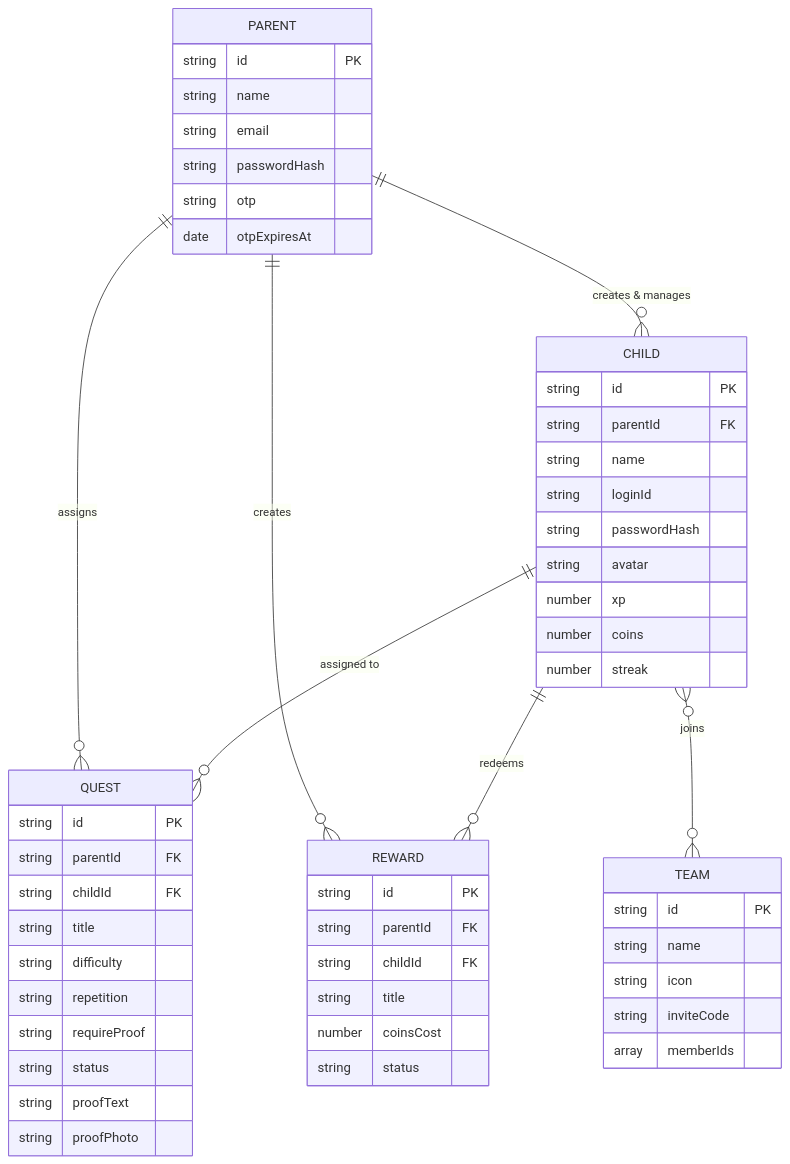
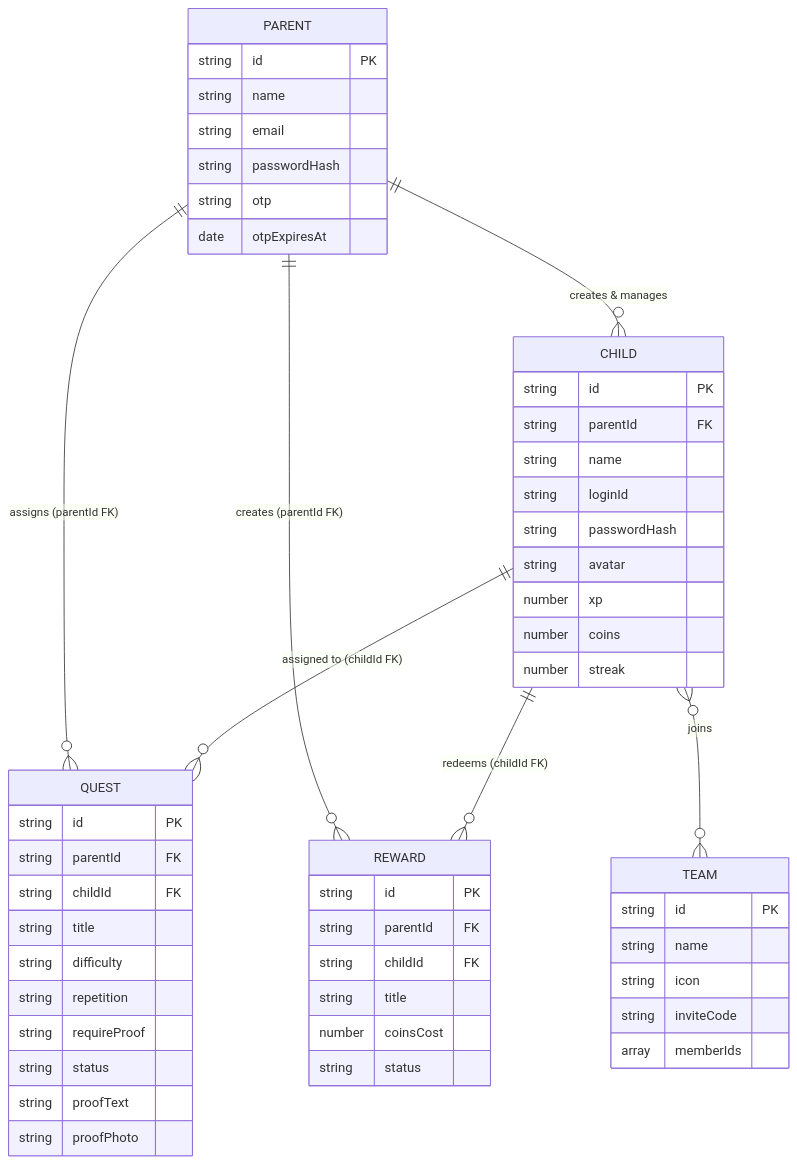
One commit to Kedarnaygaonkar/habit_tracker changed the first of 2 diagrams in PROJECT_DOCUMENTATION.md. Above: the diagram before and after it, drawn with Mermaid. The commit also changed other lines of this file, not shown here.

Commit message:
docs: fully unify project documentation integrating AI prototyping, universal parentId foreign key bindings, and OpenRouter evolution across all sections

````diff
--- a/PROJECT_DOCUMENTATION.md
+++ b/PROJECT_DOCUMENTATION.md
@@ -67,60 +69,60 @@
 ```mermaid
 erDiagram
     PARENT ||--o{ CHILD : "creates & manages"
-    PARENT ||--o{ QUEST : "assigns"
-    PARENT ||--o{ REWARD : "creates"
-    CHILD ||--o{ QUEST : "assigned to"
-    CHILD ||--o{ REWARD : "redeems"
+    PARENT ||--o{ QUEST : "assigns (parentId FK)"
+    PARENT ||--o{ REWARD : "creates (parentId FK)"
+    CHILD ||--o{ QUEST : "assigned to (childId FK)"
+    CHILD ||--o{ REWARD : "redeems (childId FK)"
     CHILD }o--o{ TEAM : "joins"
     
     PARENT {
         string id PK
         string name
         string email
         string passwordHash
         string otp
         date otpExpiresAt
     }
     
     CHILD {
         string id PK
         string parentId FK
         string name
         string loginId
         string passwordHash
         string avatar
         number xp
         number coins
         number streak
     }
     
     QUEST {
         string id PK
         string parentId FK
         string childId FK
         string title
         string difficulty
         string repetition
         string requireProof
         string status
         string proofText
         string proofPhoto
     }
     
     REWARD {
         string id PK
         string parentId FK
         string childId FK
         string title
         number coinsCost
         string status
     }
     
     TEAM {
         string id PK
         string name
         string icon
         string inviteCode
         array memberIds
     }
 ```
````
